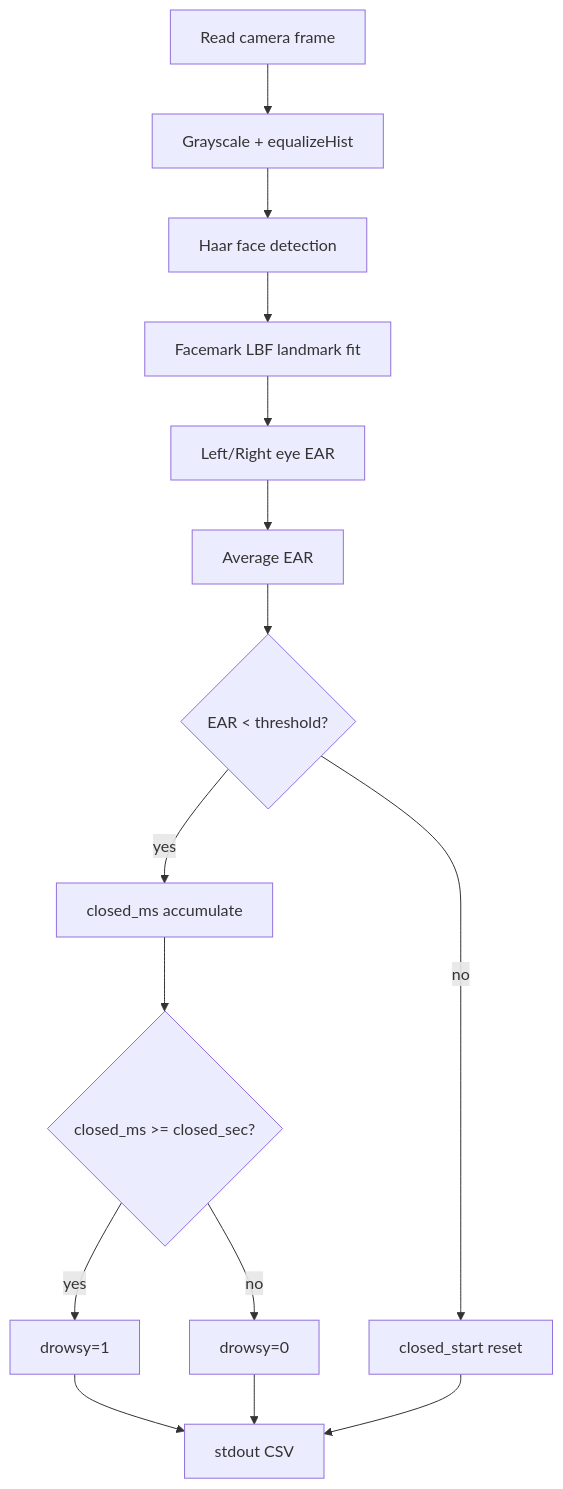
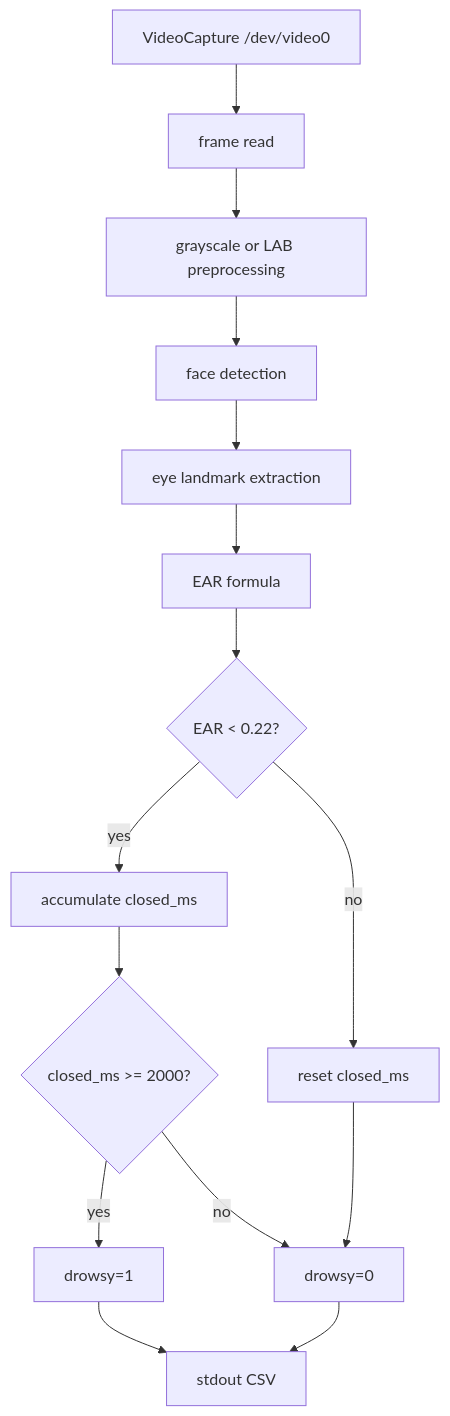
Before and after one commit to Tontonjeong/Sleep-monitoring-and-prevention-device: the diagram in docs/code/ear_cpp.md, drawn with Mermaid. The commit also changed other lines of this file and 43 other files, not shown here.

````diff
--- a/docs/code/ear_cpp.md
+++ b/docs/code/ear_cpp.md
@@ -24,17 +26,17 @@
 ```mermaid
 flowchart TD
-    A[Read camera frame] --> B[Grayscale + equalizeHist]
-    B --> C[Haar face detection]
-    C --> D[Facemark LBF landmark fit]
-    D --> E[Left/Right eye EAR]
-    E --> F[Average EAR]
-    F --> G{EAR < threshold?}
-    G -->|yes| H[closed_ms accumulate]
-    G -->|no| I[closed_start reset]
-    H --> J{closed_ms >= closed_sec?}
+    A[VideoCapture /dev/video0] --> B[frame read]
+    B --> C[grayscale or LAB preprocessing]
+    C --> D[face detection]
+    D --> E[eye landmark extraction]
+    E --> F[EAR formula]
+    F --> G{EAR < 0.22?}
+    G -->|yes| H[accumulate closed_ms]
+    G -->|no| I[reset closed_ms]
+    H --> J{closed_ms >= 2000?}
     J -->|yes| K[drowsy=1]
     J -->|no| L[drowsy=0]
+    I --> L
     K --> M[stdout CSV]
     L --> M
-    I --> M
 ```
````
